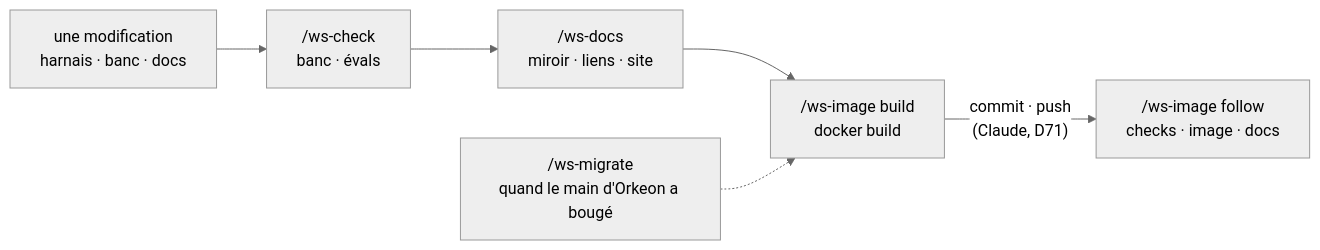
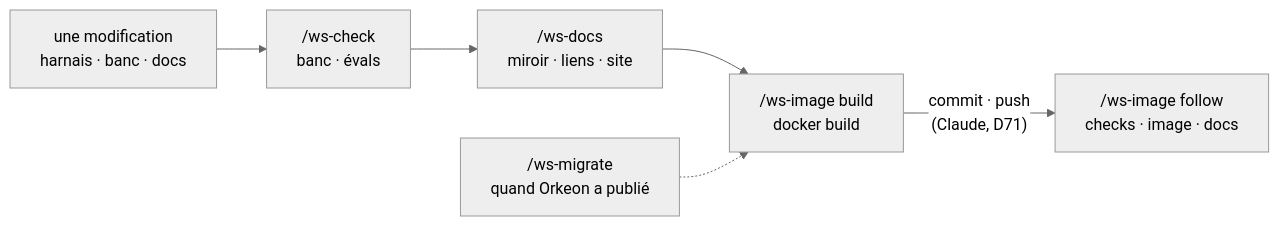
One commit to Orkeon/orkeon-workshop changed the diagram in docs/fr/workflows/maintain-the-workshop.md. Above: the diagram before and after it, drawn with Mermaid (neutral theme). The commit also changed other lines of this file and 653 other files, not shown here.

````diff
--- a/docs/fr/workflows/maintain-the-workshop.md
+++ b/docs/fr/workflows/maintain-the-workshop.md
@@ -20,8 +20,8 @@
 ```mermaid
 flowchart LR
     c["une modification<br/>harnais · banc · docs"] --> k["/ws-check<br/>banc · évals"]
     k --> d["/ws-docs<br/>miroir · liens · site"]
     d --> b["/ws-image build<br/>docker build"]
     b -->|"commit · push<br/>(Claude, D71)"| f["/ws-image follow<br/>checks · image · docs"]
-    m["/ws-migrate<br/>quand le main d'Orkeon a bougé"] -.-> b
+    m["/ws-migrate<br/>quand Orkeon a publié"] -.-> b
 ```
````
